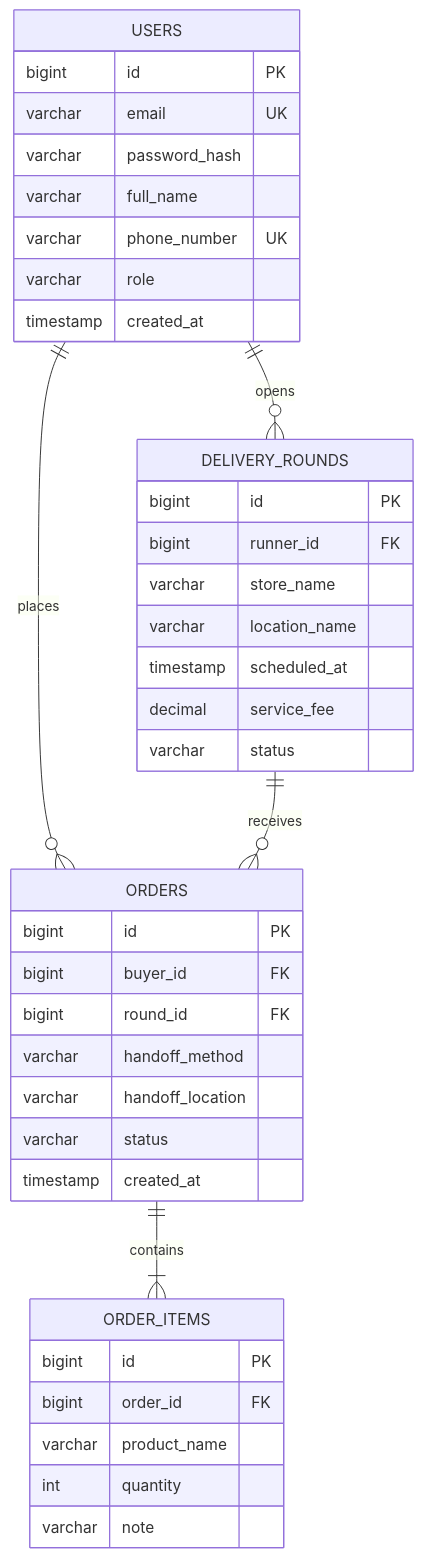
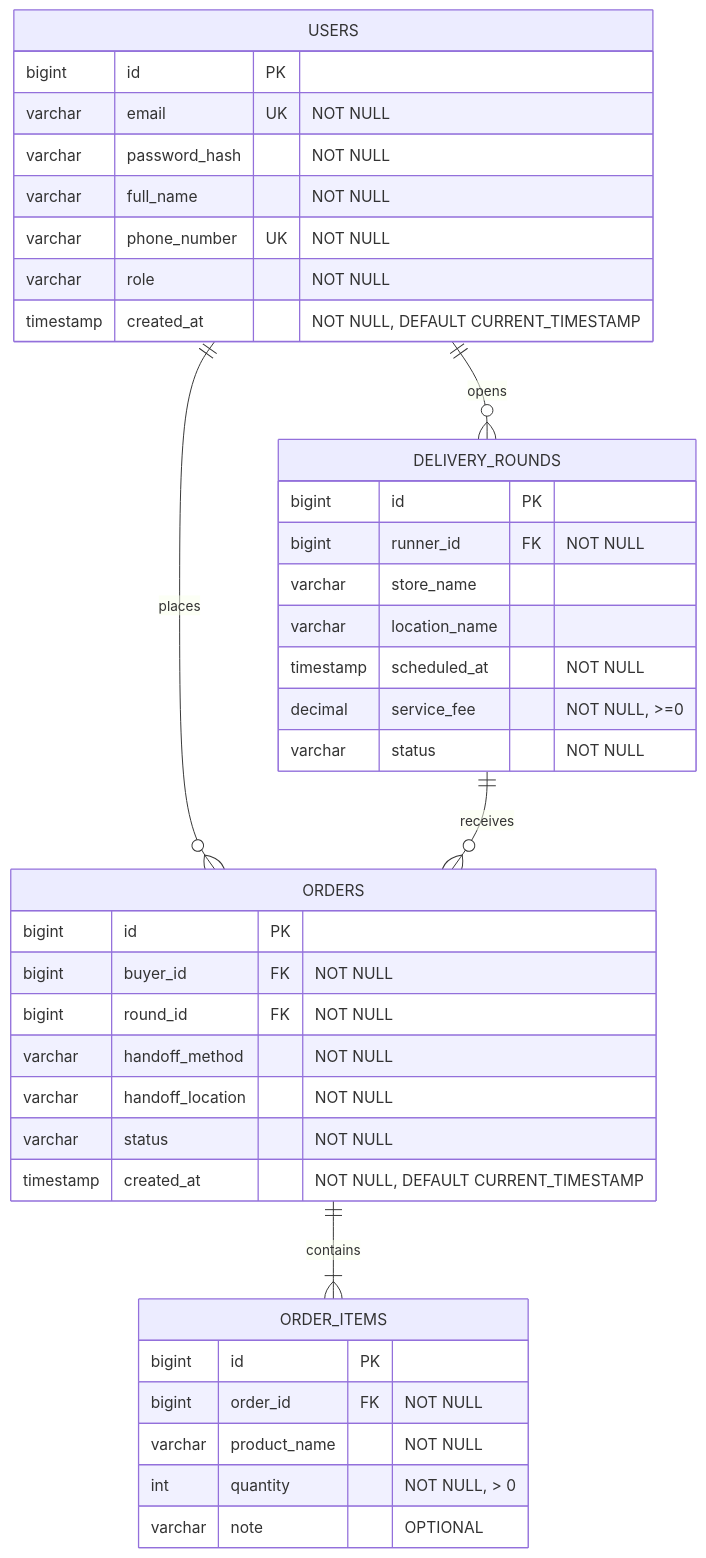
Before and after one commit to BlackyB0o/CS261_650001_group5: the diagram in docs/database/ERD.md, drawn with Mermaid.

Commit message:
add ERD constraints

````diff
--- a/docs/database/ERD.md
+++ b/docs/database/ERD.md
@@ -5,52 +5,52 @@
 ```mermaid
 erDiagram
     %% Task 08 - เปิดรอบรับหิ้ว
     USERS ||--o{ DELIVERY_ROUNDS : opens
     
     %% Task 16 - ความสัมพันธ์ของรายการสั่งซื้อ
     USERS ||--o{ ORDERS : places
     DELIVERY_ROUNDS ||--o{ ORDERS : receives
     ORDERS ||--|{ ORDER_ITEMS : contains
     
     %% Task 04 - ลงทะเบียนหรือเข้าสู่ระบบ
     USERS {
         bigint id PK
-        varchar email UK
-        varchar password_hash
-        varchar full_name
-        varchar phone_number UK
-        varchar role
-        timestamp created_at
+        varchar email UK "NOT NULL"
+        varchar password_hash "NOT NULL"
+        varchar full_name "NOT NULL"
+        varchar phone_number UK "NOT NULL"
+        varchar role "NOT NULL"
+        timestamp created_at "NOT NULL, DEFAULT CURRENT_TIMESTAMP"
     }
 
     %% Task 08 - เปิดรอบรับหิ้ว
     DELIVERY_ROUNDS {
         bigint id PK
-        bigint runner_id FK
+        bigint runner_id FK "NOT NULL"
         varchar store_name
         varchar location_name
-        timestamp scheduled_at
-        decimal service_fee
-        varchar status
+        timestamp scheduled_at "NOT NULL"
+        decimal service_fee "NOT NULL, >=0"
+        varchar status "NOT NULL"
     }
 
     %% Task 16 - ฝากซื้อสินค้า/อาหาร
     ORDERS {
         bigint id PK
-        bigint buyer_id FK
-        bigint round_id FK
-        varchar handoff_method
-        varchar handoff_location
-        varchar status
-        timestamp created_at
+        bigint buyer_id FK "NOT NULL"
+        bigint round_id FK "NOT NULL"
+        varchar handoff_method "NOT NULL"
+        varchar handoff_location "NOT NULL"
+        varchar status "NOT NULL"
+        timestamp created_at "NOT NULL, DEFAULT CURRENT_TIMESTAMP"
     }
 
     %% Task 16 - รายการสินค้าในคำสั่งซื้อ
     ORDER_ITEMS {
         bigint id PK
-        bigint order_id FK
-        varchar product_name
-        int quantity
-        varchar note
+        bigint order_id FK "NOT NULL"
+        varchar product_name "NOT NULL"
+        int quantity "NOT NULL, > 0"
+        varchar note "OPTIONAL"
     }
 ```
````
